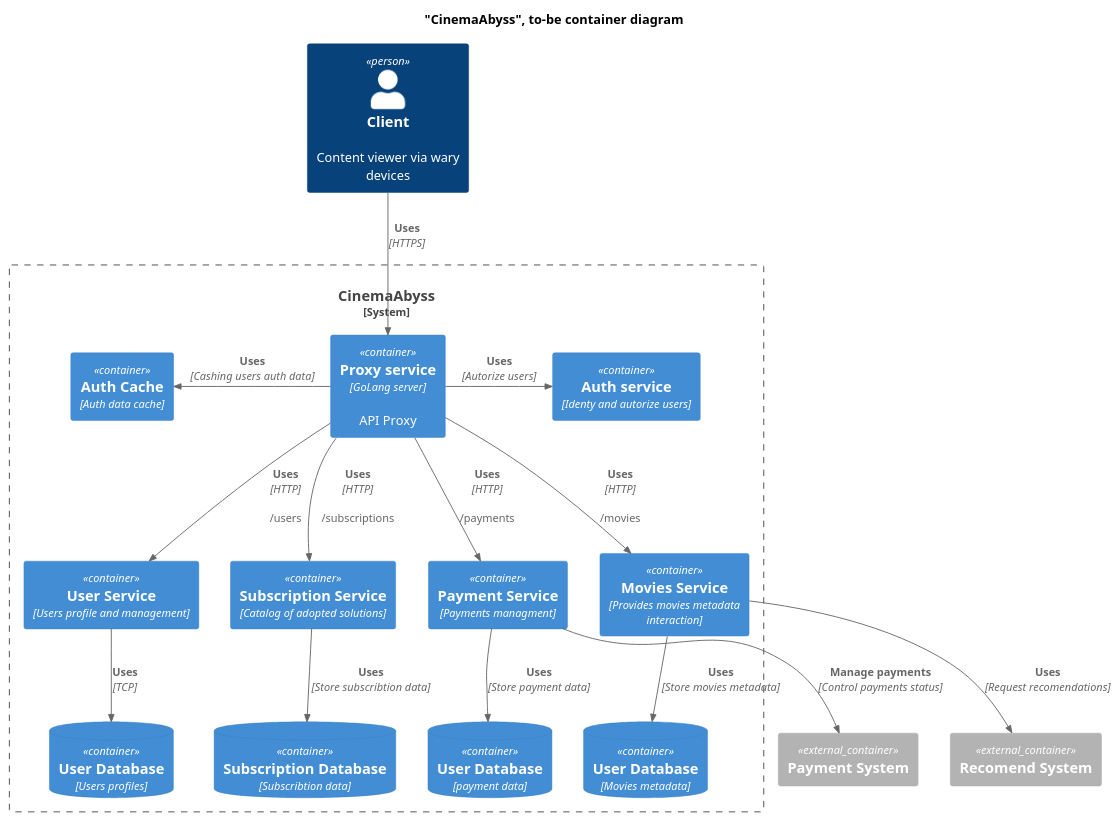
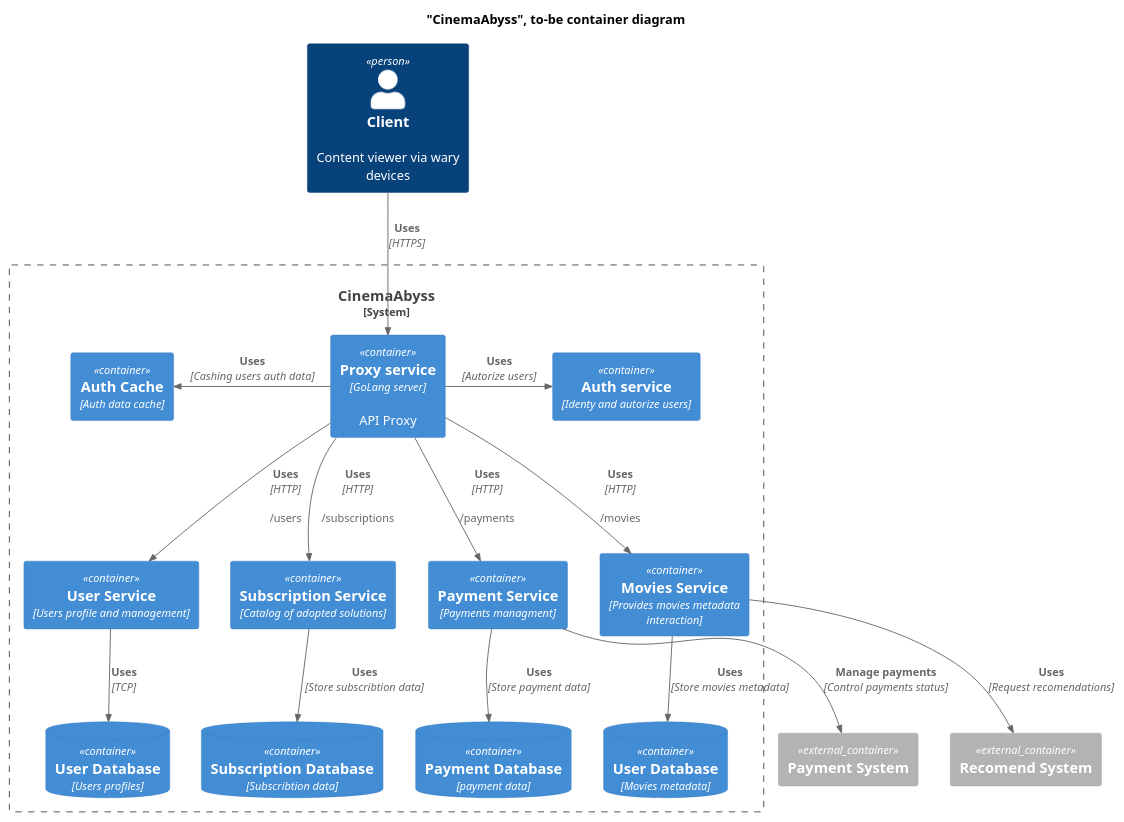
Before and after one commit to rlikhachev/architecture-pro-cinemaabyss: the diagram in diagrams/containers/to-be.puml, drawn with PlantUML. The commit also changed 13 other files, not shown here.

```diff
--- a/diagrams/containers/to-be.puml
+++ b/diagrams/containers/to-be.puml
@@ -1,60 +1,47 @@
 @startuml
 !include ../c4/C4_Container.puml
 
 
 title "CinemaAbyss", to-be container diagram
 
 Person(customer, "Client", "Content viewer via wary devices")
 Container_Ext(payment_provider, "Payment System", "")
 Container_Ext(recomend_system, "Recomend System", "")
 
 
 System_Boundary(cinemaAbyss, "CinemaAbyss", "") {
     
     
     Container(proxy_service, "Proxy service", "GoLang server", "API Proxy")
     Container(auth_service, "Auth service", "Identy and autorize users")
     Container(session_cache, "Auth Cache", "Auth data cache")
     Rel_R(proxy_service, auth_service, "Uses", "Autorize users")
     Rel_L(proxy_service, session_cache, "Uses", "Cashing users auth data")    
     Rel_D(customer, proxy_service, "Uses", "HTTPS")
 
-    ' Person(administarator, "Administrator", "Company employe responsible for movie management and user support")
-    ' Rel_R(administarator, proxy_service, "Uses", "HTTPS")
-
-
-    ' System_Boundary(event_hub, "Event bus", "Event soursing and async interaction") {
-    '     ContainerQueue(kafka, "Kafka", "Main event bus")
-    ' }
-
     Container(payment_service, "Payment Service", "Payments managment")
-    ContainerDb(payment_db, "User Database", "payment data")
+    ContainerDb(payment_db, "Payment Database", "payment data")
     Rel_D(payment_service, payment_db, "Uses", "Store payment data")
     Rel_D(proxy_service, payment_service, "Uses", "HTTP", "/payments")
     Rel_D(payment_service, payment_provider, "Manage payments", "Control payments status")  
 
 
     Container(user_service, "User Service", "Users profile and management")
     ContainerDb(user_db, "User Database", "Users profiles")
     Rel_D(user_service, user_db, "Uses", "TCP")
     Rel_D(proxy_service, user_service, "Uses", "HTTP", "/users")
 
 
     Container(subscribtion_service, "Subscription Service", "Catalog of adopted solutions")
     ContainerDb(subscribtion_db, "Subscription Database", "Subscribtion data")       
     Rel_D(subscribtion_service, subscribtion_db, "Uses", "Store subscribtion data")
     Rel_D(proxy_service, subscribtion_service, "Uses", "HTTP", "/subscriptions")
 
 
     Container(movies_service, "Movies Service", "Provides movies metadata interaction")
     ContainerDb(movies_db, "User Database", "Movies metadata")
     Rel_D(movies_service, movies_db, "Uses", "Store movies metadata")
     Rel_D(proxy_service, movies_service, "Uses", "HTTP", "/movies")
     Rel_D(movies_service, recomend_system, "Uses", "Request recomendations")  
-
 }
-
-' Container_Ext(payments_gateaway, "Ext Payments gateaway", "Payment services integrations")
-' Rel(payment_service, payments_gateaway, "Uses", "Payment interactions")
-
 @enduml
```
